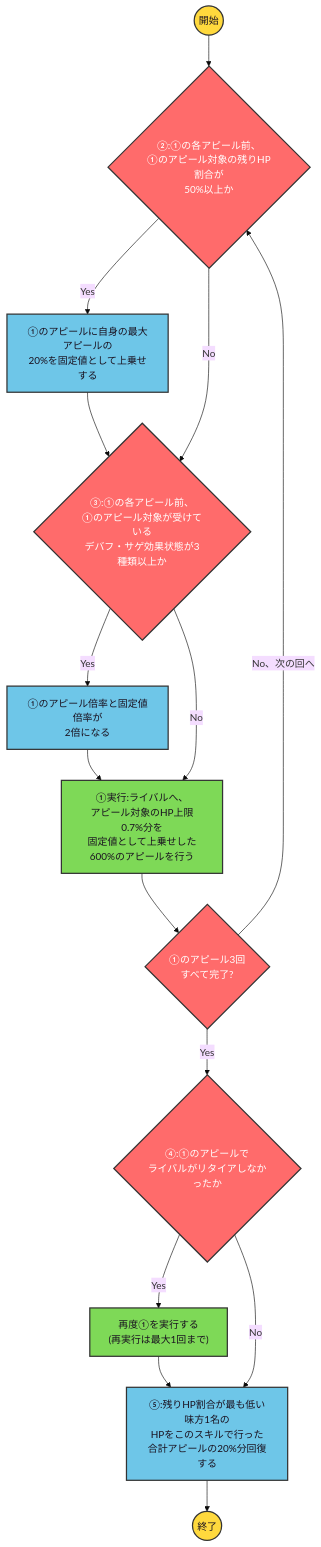
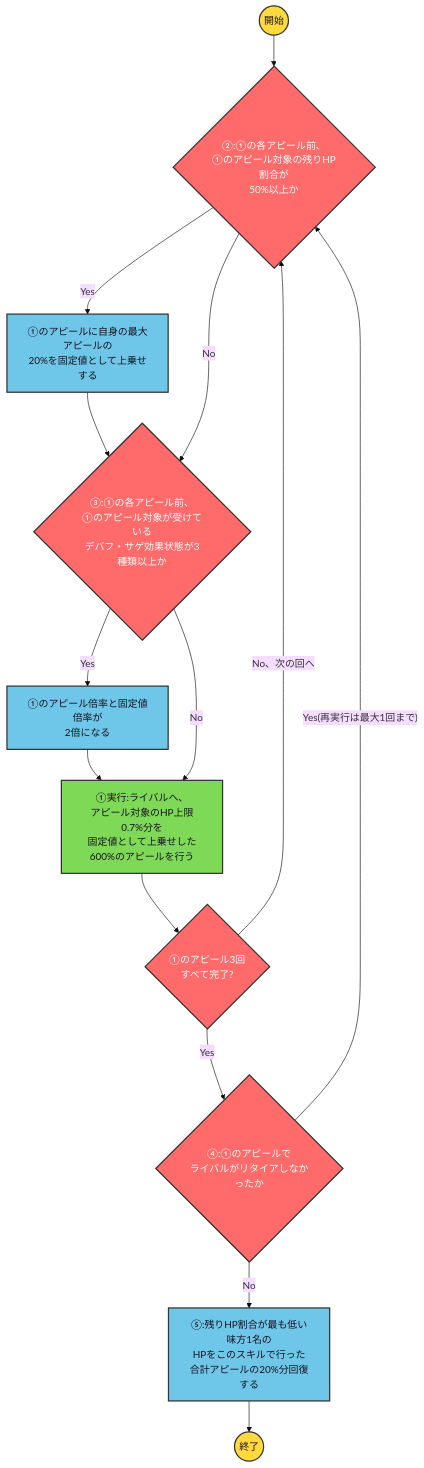
One commit to ryomochi0918/nogifra-characters changed the diagram in data/shibata_yuna/kokanshinkeiyui_skill2.mmd. Above: the diagram before and after it, drawn with Mermaid (base theme). The commit also changed 64 other files, not shown here.

```diff
--- a/data/shibata_yuna/kokanshinkeiyui_skill2.mmd
+++ b/data/shibata_yuna/kokanshinkeiyui_skill2.mmd
@@ -1,17 +1,17 @@
 flowchart TD
     classDef startend fill:#FFD93D,stroke:#333,stroke-width:2px,color:#1a1220;
     classDef cond fill:#FF6B6B,stroke:#333,stroke-width:2px,color:#ffffff;
     classDef effect fill:#6EC6E8,stroke:#333,stroke-width:2px,color:#1a1220;
     classDef action fill:#7ED957,stroke:#333,stroke-width:2px,color:#1a1220;
 
     start(("開始")):::startend --> c2
     c2{"②:①の各アピール前、<br/>①のアピール対象の残りHP割合が<br/>50%以上か"}:::cond
     c2 -->|"Yes"| e2["①のアピールに自身の最大アピールの<br/>20%を固定値として上乗せする"]:::effect --> c3
     c2 -->|"No"| c3{"③:①の各アピール前、<br/>①のアピール対象が受けている<br/>デバフ・サゲ効果状態が3種類以上か"}:::cond
     c3 -->|"Yes"| e3["①のアピール倍率と固定値倍率が<br/>2倍になる"]:::effect --> a1
     c3 -->|"No"| a1["①実行:ライバルへ、<br/>アピール対象のHP上限0.7%分を<br/>固定値として上乗せした<br/>600%のアピールを行う"]:::action --> lc1
     lc1{"①のアピール3回<br/>すべて完了?"}:::cond
     lc1 -->|"No、次の回へ"| c2
     lc1 -->|"Yes"| c4{"④:①のアピールで<br/>ライバルがリタイアしなかったか"}:::cond
-    c4 -->|"Yes"| a4["再度①を実行する<br/>(再実行は最大1回まで)"]:::action --> e5
+    c4 -->|"Yes(再実行は最大1回まで)"| c2
     c4 -->|"No"| e5["⑤:残りHP割合が最も低い味方1名の<br/>HPをこのスキルで行った<br/>合計アピールの20%分回復する"]:::effect --> finish(("終了")):::startend
```
